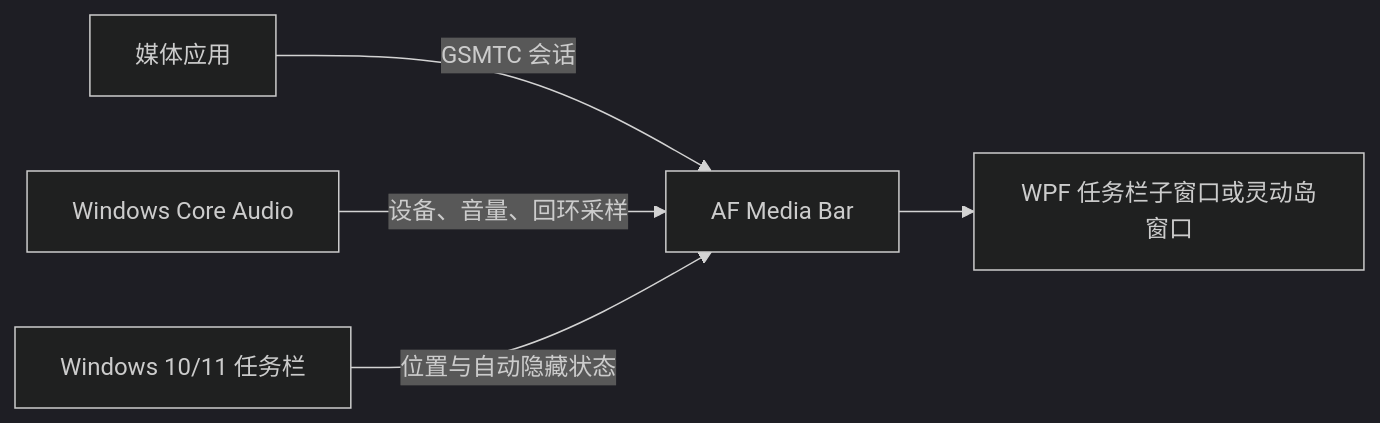
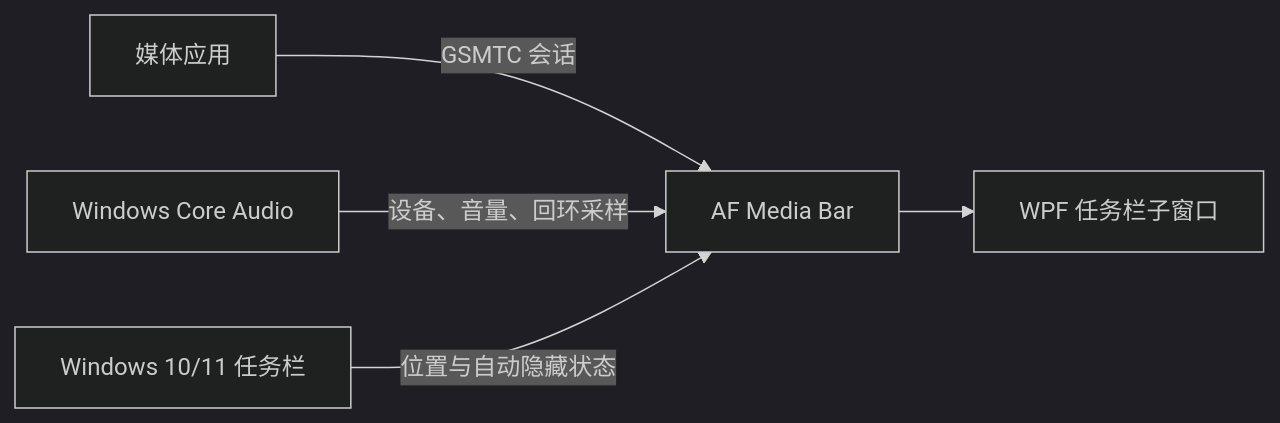
The diagram in README.md (CC-qingfeng/AF-Media-Bar), drawn with Mermaid (dark theme) before and after one commit. The commit also changed other lines of this file and 18 other files, not shown here.

````diff
--- a/README.md
+++ b/README.md
@@ -124,7 +124,7 @@
 ```mermaid
 flowchart LR
     A[媒体应用] -->|GSMTC 会话| B[AF Media Bar]
     C[Windows Core Audio] -->|设备、音量、回环采样| B
     D[Windows 10/11 任务栏] -->|位置与自动隐藏状态| B
-    B --> E[WPF 任务栏子窗口或灵动岛窗口]
+    B --> E[WPF 任务栏子窗口]
 ```
````
